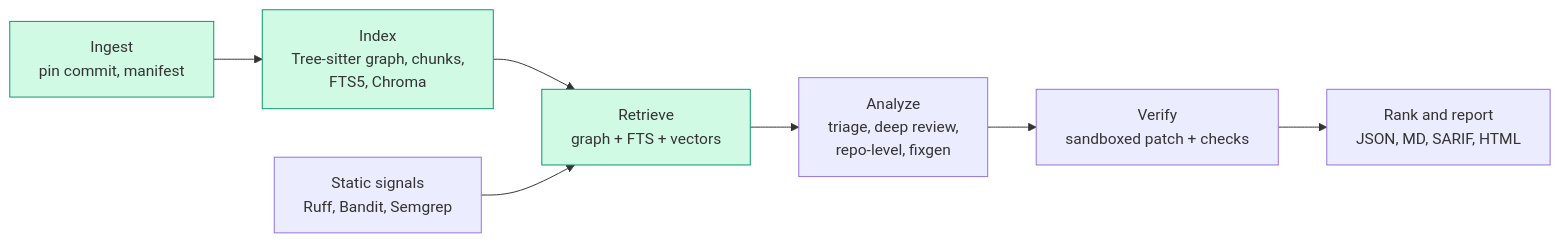
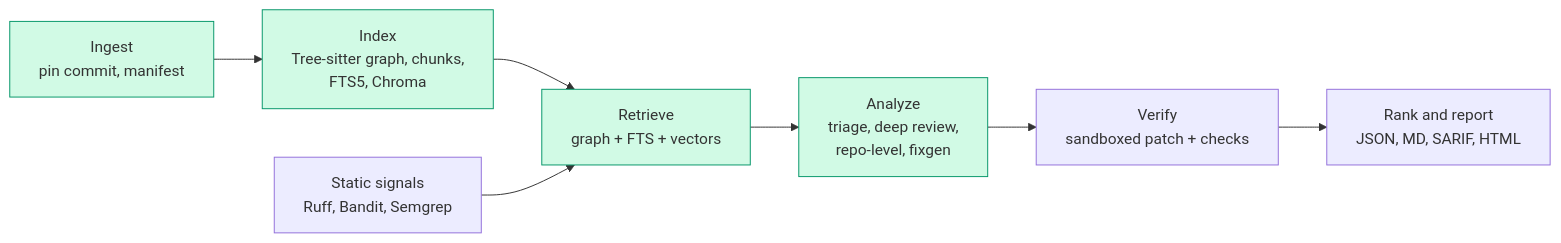
The diagram in README.md (DivyanshuGaba/AI-code-reviewer), drawn with Mermaid before and after one commit. The commit also changed other lines of this file, not shown here.

````diff
--- a/README.md
+++ b/README.md
@@ -12,11 +14,11 @@
 ```mermaid
 flowchart LR
     A[Ingest<br/>pin commit, manifest] --> B[Index<br/>Tree-sitter graph, chunks,<br/>FTS5, Chroma]
     B --> C[Retrieve<br/>graph + FTS + vectors]
     S[Static signals<br/>Ruff, Bandit, Semgrep] --> C
     C --> D[Analyze<br/>triage, deep review,<br/>repo-level, fixgen]
     D --> E[Verify<br/>sandboxed patch + checks]
     E --> F[Rank and report<br/>JSON, MD, SARIF, HTML]
     classDef done fill:#d1fae5,stroke:#059669;
-    class A,B,C done;
+    class A,B,C,D done;
 ```
````
